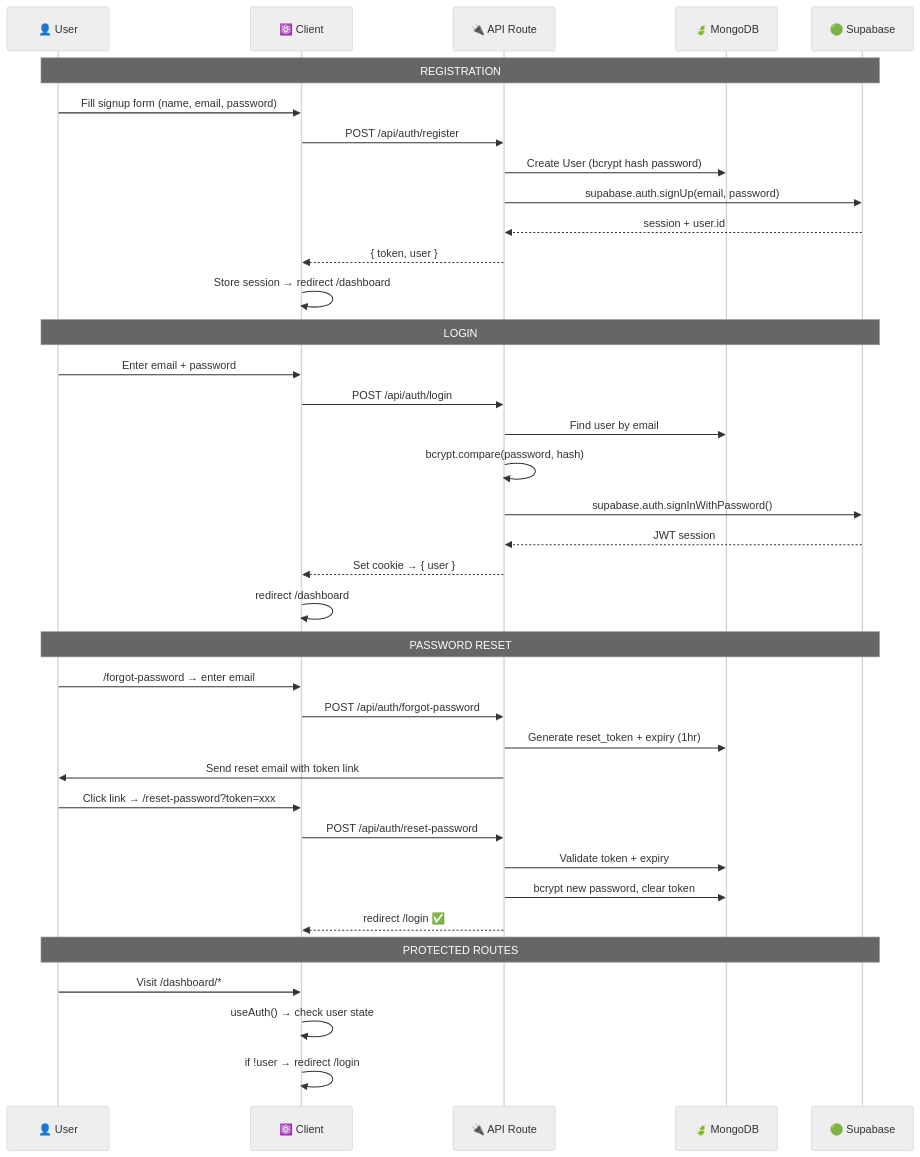
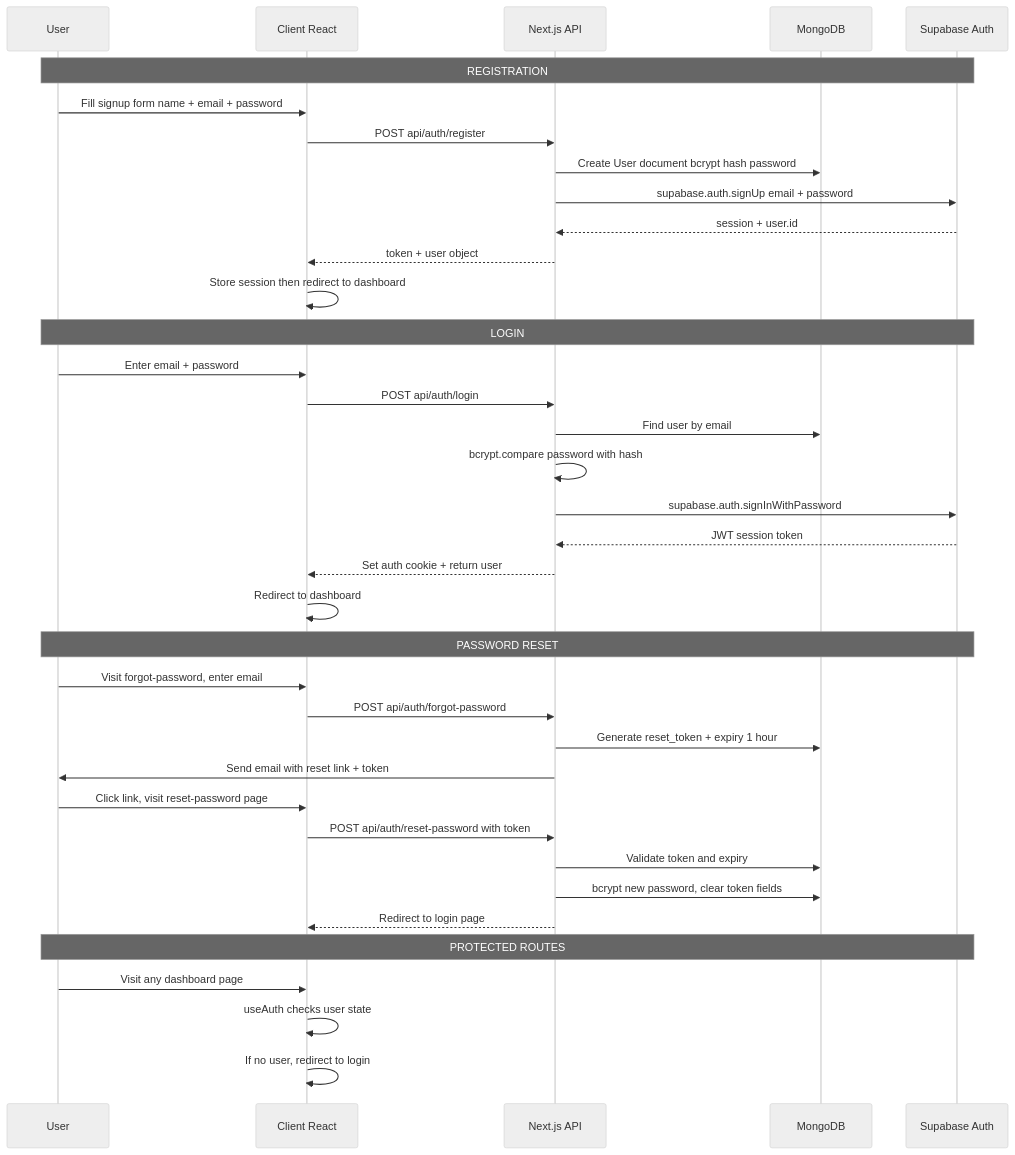
One commit to gobinath-sketch/Final-Mastermind changed the third of 13 diagrams in README.md. Above: the diagram before and after it, drawn with Mermaid (neutral theme). The commit also changed other lines of this file, not shown here.

Commit message:
fix: rewrite all Mermaid diagrams with GitHub-safe syntax - no emojis/slashes in node labels

````diff
--- a/README.md
+++ b/README.md
@@ -251,43 +251,43 @@
 ```mermaid
 sequenceDiagram
-    participant U as 👤 User
-    participant C as ⚛️ Client
-    participant API as 🔌 API Route
-    participant MONGO as 🍃 MongoDB
-    participant SB as 🟢 Supabase
+    participant U as User
+    participant C as Client React
+    participant API as Next.js API
+    participant MONGO as MongoDB
+    participant SB as Supabase Auth
 
     Note over U,SB: REGISTRATION
-    U->>C: Fill signup form (name, email, password)
-    C->>API: POST /api/auth/register
-    API->>MONGO: Create User (bcrypt hash password)
-    API->>SB: supabase.auth.signUp(email, password)
+    U->>C: Fill signup form name + email + password
+    C->>API: POST api/auth/register
+    API->>MONGO: Create User document bcrypt hash password
+    API->>SB: supabase.auth.signUp email + password
     SB-->>API: session + user.id
-    API-->>C: { token, user }
-    C->>C: Store session → redirect /dashboard
+    API-->>C: token + user object
+    C->>C: Store session then redirect to dashboard
 
     Note over U,SB: LOGIN
     U->>C: Enter email + password
-    C->>API: POST /api/auth/login
+    C->>API: POST api/auth/login
     API->>MONGO: Find user by email
-    API->>API: bcrypt.compare(password, hash)
-    API->>SB: supabase.auth.signInWithPassword()
-    SB-->>API: JWT session
-    API-->>C: Set cookie → { user }
-    C->>C: redirect /dashboard
+    API->>API: bcrypt.compare password with hash
+    API->>SB: supabase.auth.signInWithPassword
+    SB-->>API: JWT session token
+    API-->>C: Set auth cookie + return user
+    C->>C: Redirect to dashboard
 
     Note over U,SB: PASSWORD RESET
-    U->>C: /forgot-password → enter email
-    C->>API: POST /api/auth/forgot-password
-    API->>MONGO: Generate reset_token + expiry (1hr)
-    API->>U: Send reset email with token link
-    U->>C: Click link → /reset-password?token=xxx
-    C->>API: POST /api/auth/reset-password
-    API->>MONGO: Validate token + expiry
-    API->>MONGO: bcrypt new password, clear token
-    API-->>C: redirect /login ✅
+    U->>C: Visit forgot-password, enter email
+    C->>API: POST api/auth/forgot-password
+    API->>MONGO: Generate reset_token + expiry 1 hour
+    API->>U: Send email with reset link + token
+    U->>C: Click link, visit reset-password page
+    C->>API: POST api/auth/reset-password with token
+    API->>MONGO: Validate token and expiry
+    API->>MONGO: bcrypt new password, clear token fields
+    API-->>C: Redirect to login page
 
     Note over U,SB: PROTECTED ROUTES
-    U->>C: Visit /dashboard/*
-    C->>C: useAuth() → check user state
-    C->>C: if !user → redirect /login
+    U->>C: Visit any dashboard page
+    C->>C: useAuth checks user state
+    C->>C: If no user, redirect to login
 ```
````
